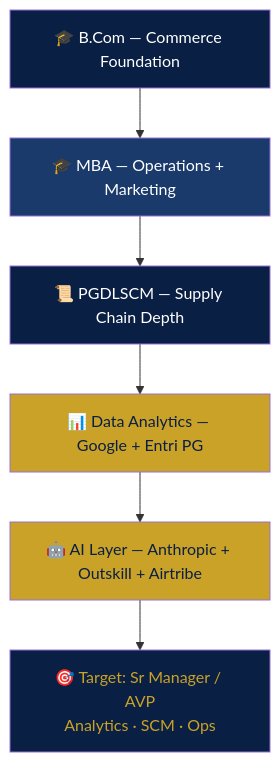
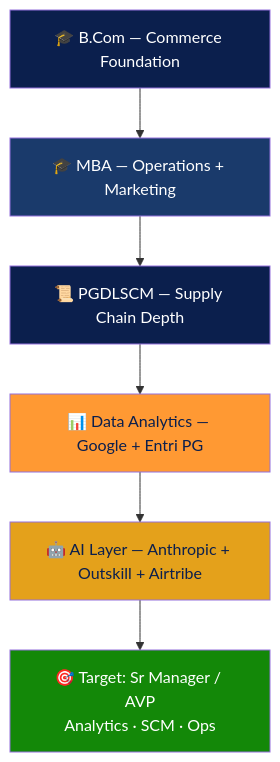
One commit to Eswar5313/Eswar5313 changed the diagram in EDUCATION.md. Above: the diagram before and after it, drawn with Mermaid. The commit also changed other lines of this file, not shown here.

````diff
--- a/EDUCATION.md
+++ b/EDUCATION.md
@@ -48,14 +59,14 @@
 ```mermaid
 flowchart TD
     A[🎓 B.Com — Commerce Foundation] --> B[🎓 MBA — Operations + Marketing]
     B --> C[📜 PGDLSCM — Supply Chain Depth]
     C --> D[📊 Data Analytics — Google + Entri PG]
     D --> E[🤖 AI Layer — Anthropic + Outskill + Airtribe]
-    E --> F[🎯 Target: Sr Manager / AVP\nAnalytics · SCM · Ops]
-    style A fill:#0A1F44,color:#fff
+    E --> F[🎯 Target: Sr Manager / AVP<br/>Analytics · SCM · Ops]
+    style A fill:#0B1F4D,color:#fff
     style B fill:#1a3a6b,color:#fff
-    style C fill:#0A1F44,color:#fff
-    style D fill:#C9A227,color:#0A1F44
-    style E fill:#C9A227,color:#0A1F44
-    style F fill:#0A1F44,color:#C9A227
+    style C fill:#0B1F4D,color:#fff
+    style D fill:#FF9933,color:#0B1F4D
+    style E fill:#E4A11B,color:#0B1F4D
+    style F fill:#138808,color:#fff
 ```
````
